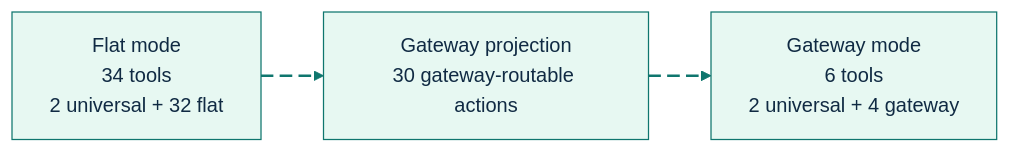
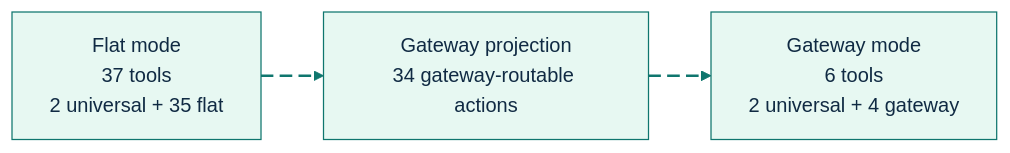
The first of 2 diagrams in docs/feature-deep-dives/tool-gateway.md (GlitterKill/sdl-mcp), drawn with Mermaid before and after one commit. The commit also changed other lines of this file and 93 other files, not shown here.

````diff
--- a/docs/feature-deep-dives/tool-gateway.md
+++ b/docs/feature-deep-dives/tool-gateway.md
@@ -7,19 +7,19 @@
 ```mermaid
 %%{init: {"theme":"base","themeVariables":{"background":"#ffffff","primaryColor":"#E7F8F2","primaryBorderColor":"#0F766E","primaryTextColor":"#102A43","secondaryColor":"#E8F1FF","secondaryBorderColor":"#2563EB","secondaryTextColor":"#102A43","tertiaryColor":"#FFF4D6","tertiaryBorderColor":"#B45309","tertiaryTextColor":"#102A43","lineColor":"#0F766E","textColor":"#102A43","fontFamily":"Inter, ui-sans-serif, system-ui, -apple-system, BlinkMacSystemFont, Segoe UI, sans-serif"},"flowchart":{"curve":"basis","htmlLabels":true}}}%%
 flowchart LR
-    Flat["Flat mode<br/>34 tools<br/>2 universal + 32 flat"]
-    Shrink["Gateway projection<br/>30 gateway-routable actions"]
+    Flat["Flat mode<br/>37 tools<br/>2 universal + 35 flat"]
+    Shrink["Gateway projection<br/>34 gateway-routable actions"]
     Gateway["Gateway mode<br/>6 tools<br/>2 universal + 4 gateway"]
 
     Flat e1@--> Shrink
     Shrink e2@--> Gateway
 
     classDef source fill:#E7F8F2,stroke:#0F766E,stroke-width:2px,color:#102A43;
     classDef process fill:#E8F1FF,stroke:#2563EB,stroke-width:2px,color:#102A43;
     classDef decision fill:#FFF4D6,stroke:#B45309,stroke-width:2px,color:#102A43;
     classDef storage fill:#F2E8FF,stroke:#7C3AED,stroke-width:2px,color:#102A43;
     classDef output fill:#FFE8EF,stroke:#BE123C,stroke-width:2px,color:#102A43;
     classDef muted fill:#F8FAFC,stroke:#64748B,stroke-width:1px,color:#102A43;
     classDef animate stroke:#0F766E,stroke-width:2px,stroke-dasharray:10\,5,stroke-dashoffset:900,animation:dash 22s linear infinite;
     class e1,e2 animate;
 ```
````
